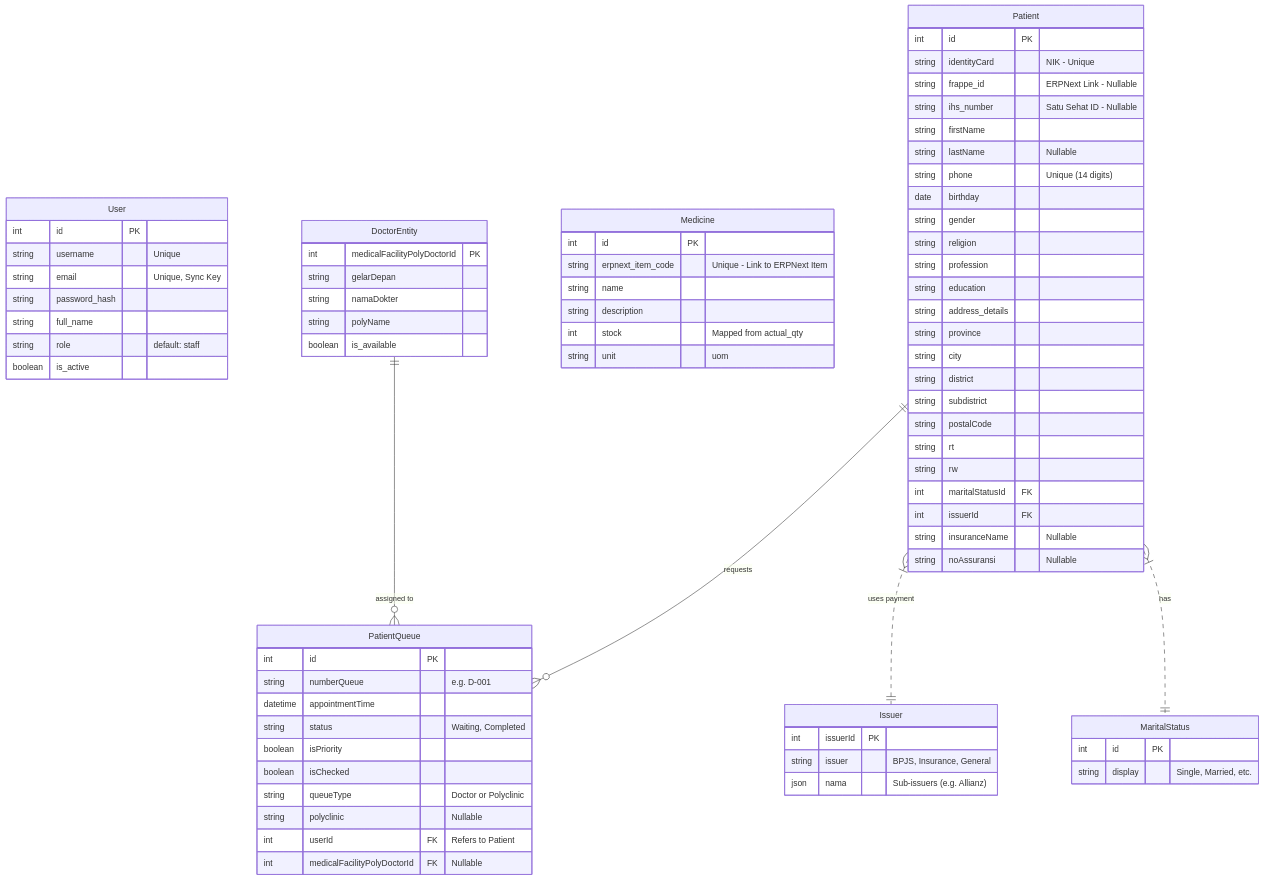
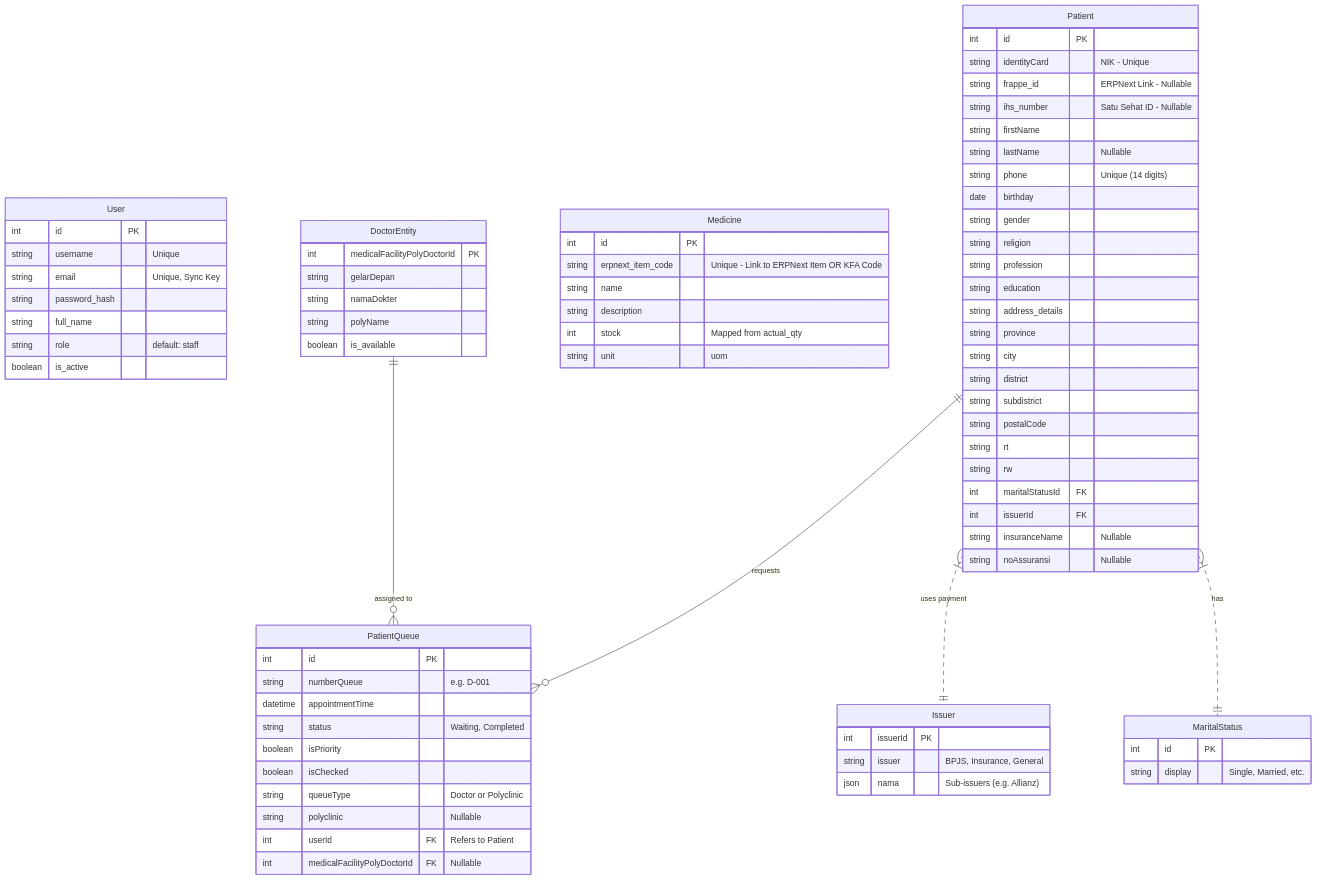
Before and after one commit to giangawatsu016/Klinik_FrontDesk: the diagram in docs/ERD_Klinik Admin.md, drawn with Mermaid. The commit also changed other lines of this file and 13 other files, not shown here.

```diff
--- a/docs/ERD_Klinik Admin.md
+++ b/docs/ERD_Klinik Admin.md
@@ -39,7 +39,7 @@
     %% Core: Medicine
     Medicine {
         int id PK
-        string erpnext_item_code "Unique - Link to ERPNext Item"
+        string erpnext_item_code "Unique - Link to ERPNext Item OR KFA Code"
         string name
         string description
         int stock "Mapped from actual_qty"
```
